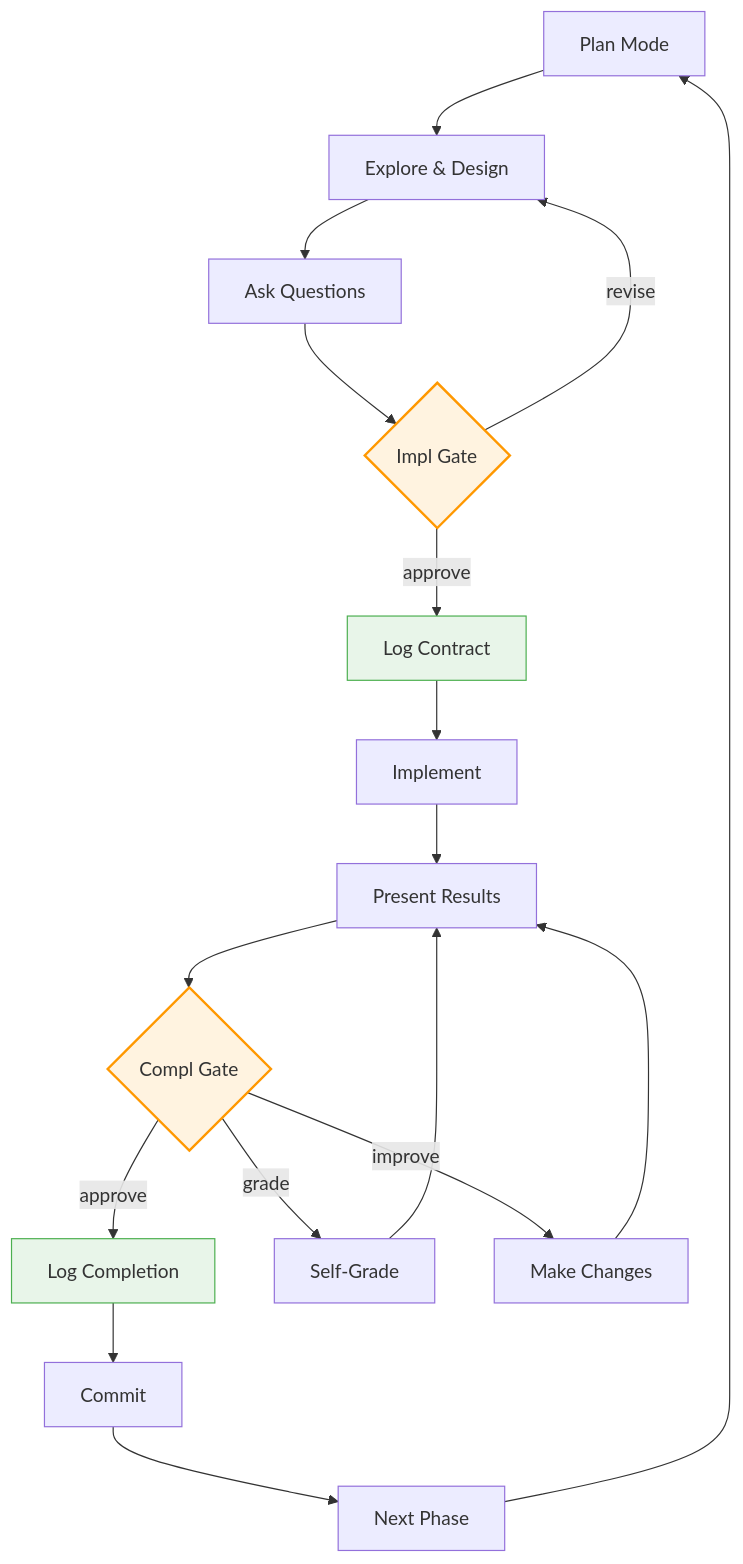
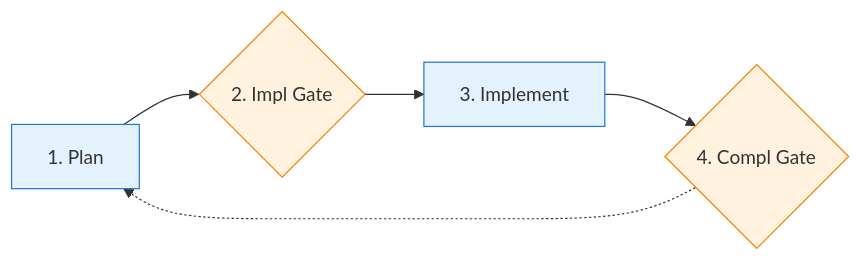
Before and after one commit to binaryphile/tandem-protocol: the diagram in README.md, drawn with Mermaid. The commit also changed other lines of this file, not shown here.

````diff
--- a/README.md
+++ b/README.md
@@ -58,25 +58,12 @@
 ```mermaid
-flowchart TD
-    PLAN[Plan Mode] --> EXPLORE[Explore & Design]
-    EXPLORE --> ASK[Ask Questions]
-    ASK --> G1{Impl Gate}
-    G1 -->|approve| LOG1[Log Contract]
-    LOG1 --> IMPL[Implement]
-    IMPL --> PRESENT[Present Results]
-    PRESENT --> G2{Compl Gate}
-    G2 -->|approve| LOG2[Log Completion]
-    LOG2 --> COMMIT[Commit]
-    COMMIT --> NEXT[Next Phase]
-    NEXT --> PLAN
+flowchart LR
+    S1[1. Plan] --> S2{2. Impl Gate}
+    S2 --> S3[3. Implement]
+    S3 --> S4{4. Compl Gate}
+    S4 -.-> S1
 
-    G1 -->|revise| EXPLORE
-    G2 -->|grade| GRADE[Self-Grade]
-    G2 -->|improve| IMPROVE[Make Changes]
-    GRADE --> PRESENT
-    IMPROVE --> PRESENT
-
-    style G1 fill:#fff3e0,stroke:#ff9800,stroke-width:2px
-    style G2 fill:#fff3e0,stroke:#ff9800,stroke-width:2px
-    style LOG1 fill:#e8f5e9,stroke:#4caf50
-    style LOG2 fill:#e8f5e9,stroke:#4caf50
+    style S1 fill:#e3f2fd,stroke:#1976d2
+    style S3 fill:#e3f2fd,stroke:#1976d2
+    style S2 fill:#fff3e0,stroke:#f57c00
+    style S4 fill:#fff3e0,stroke:#f57c00
 ```
````
